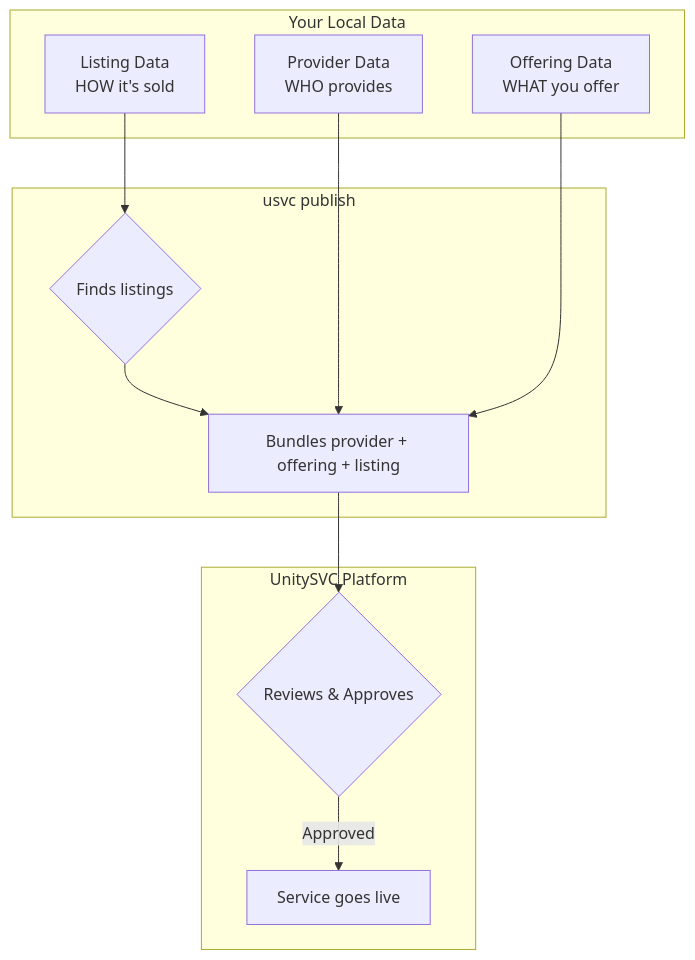
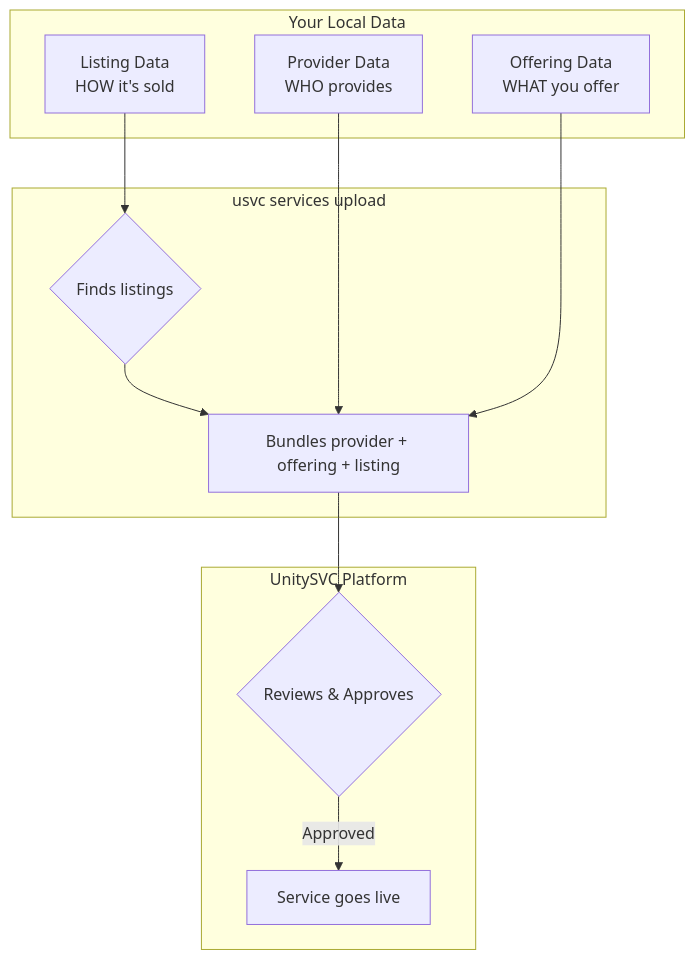
The second of 2 diagrams in docs/getting-started.md (unitysvc/unitysvc-services), drawn with Mermaid before and after one commit. The commit also changed other lines of this file and 19 other files, not shown here.

````diff
--- a/docs/getting-started.md
+++ b/docs/getting-started.md
@@ -165,25 +167,25 @@
 ```mermaid
 flowchart TD
     subgraph Local["Your Local Data"]
         A[Provider Data<br/>WHO provides]
         B[Offering Data<br/>WHAT you offer]
         C[Listing Data<br/>HOW it's sold]
     end
 
-    subgraph Publish["usvc publish"]
+    subgraph Upload["usvc services upload"]
         D{Finds listings}
         E[Bundles provider + offering + listing]
     end
 
     subgraph Platform["UnitySVC Platform"]
         F{Reviews & Approves}
         G[Service goes live]
     end
 
     C --> D
     D --> E
     A --> E
     B --> E
     E --> F
     F -->|Approved| G
 ```
````
